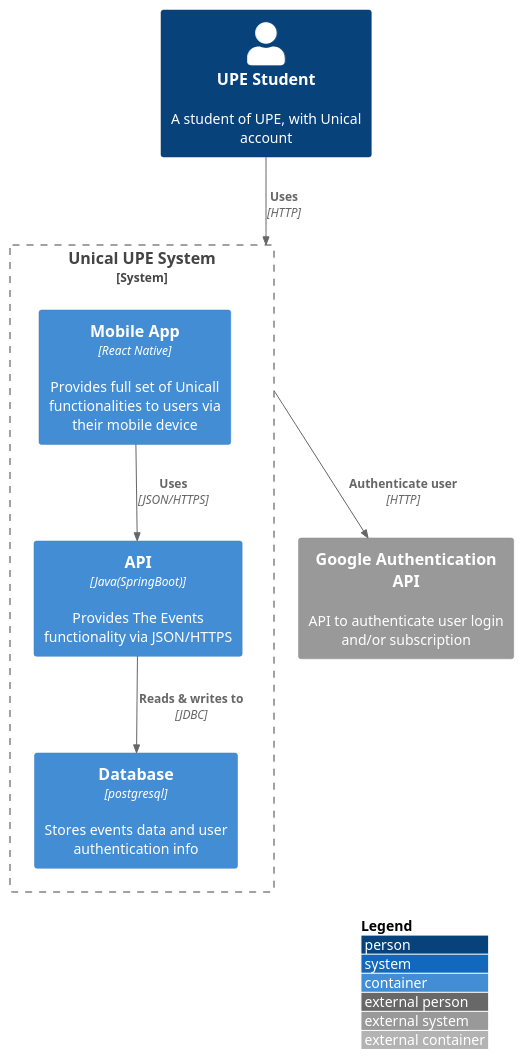
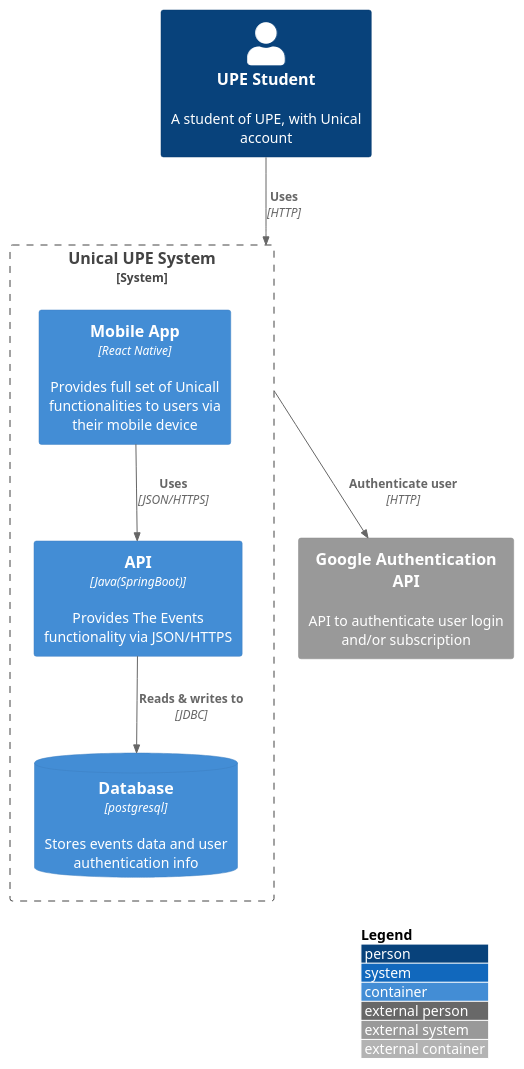
One commit to DahiseDias/UniCalArquitetura changed the diagram in src/1 Unical UPE System/system.puml. Above: the diagram before and after it, drawn with PlantUML. The commit also changed 53 other files, not shown here.

Commit message:
Component Diagram Co-authored-by: NathanaelCarauna <NathanaelCarauna@users.noreply.github.com>

```diff
--- a/src/1 Unical UPE System/system.puml
+++ b/src/1 Unical UPE System/system.puml
@@ -1,19 +1,19 @@
 @startuml
 !include https://raw.githubusercontent.com/adrianvlupu/C4-PlantUML/latest/C4_Container.puml
 
 LAYOUT_WITH_LEGEND()
 
 Person(upeStudent, "UPE Student", "A student of UPE, with Unical account" )
 System_Ext(gAuth, "Google Authentication API", "API to authenticate user login and/or subscription")
 System_Boundary(unical, "Unical UPE System"){
   Container(mobileApp, "Mobile App", "React Native", "Provides full set of Unicall functionalities to users via their mobile device")
   Container(api, "API", "Java(SpringBoot)", "Provides The Events functionality via JSON/HTTPS")
-  Container(db, "Database", "postgresql", "Stores events data and user authentication info")
+  ContainerDb(db, "Database", "postgresql", "Stores events data and user authentication info")
   
   Rel(mobileApp, api, "Uses", "JSON/HTTPS")
   Rel(api, db, "Reads & writes to", "JDBC")
 }
 
 Rel(upeStudent, unical,"Uses", "HTTP")
 Rel(unical, gAuth, "Authenticate user", "HTTP")
 @enduml
```
